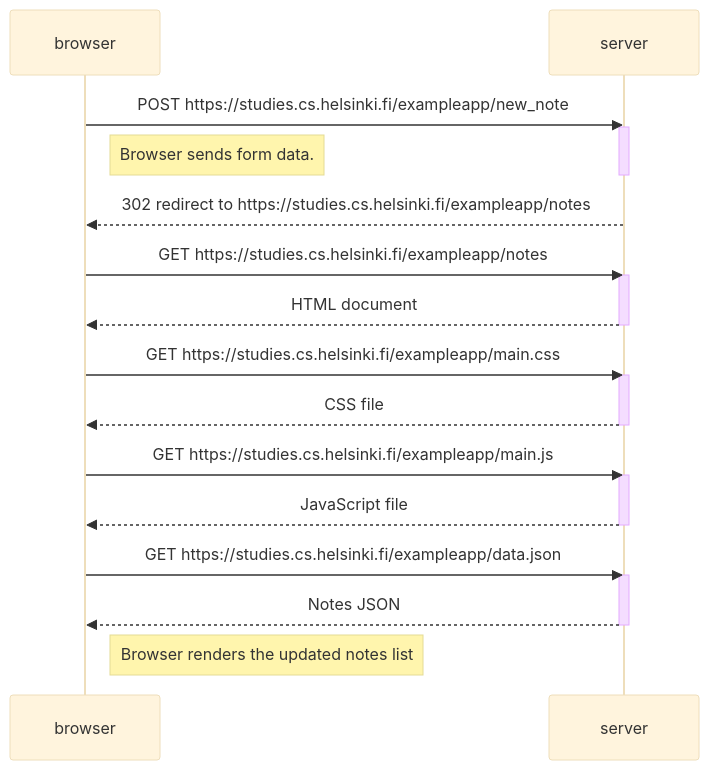
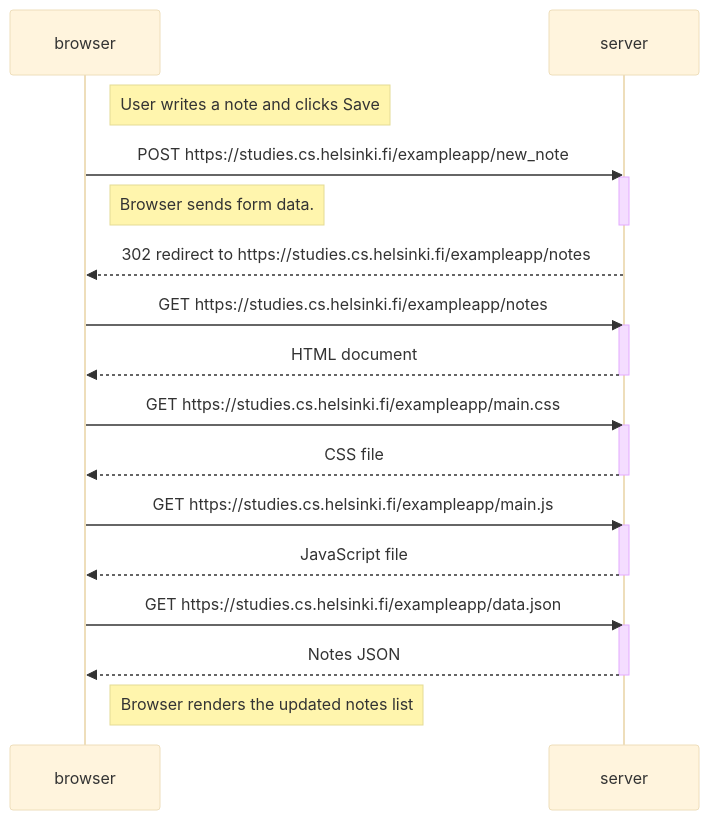
One commit to apikurt/fullstackopen changed the diagram in part0/0.4.diagram.md. Above: the diagram before and after it, drawn with Mermaid (base theme). The commit also changed other lines of this file and 1 other file, not shown here.

Commit message:
update diagrams

````diff
--- a/part0/0.4.diagram.md
+++ b/part0/0.4.diagram.md
@@ -4,34 +4,36 @@
 ```mermaid
 sequenceDiagram
     participant browser
     participant server
+    
+    Note right of browser: User writes a note and clicks Save
 
     browser->>server: POST https://studies.cs.helsinki.fi/exampleapp/new_note
     activate server
     Note right of browser: Browser sends form data.
     deactivate server
 
 
     server-->>browser: 302 redirect to https://studies.cs.helsinki.fi/exampleapp/notes
 
     browser->>server: GET https://studies.cs.helsinki.fi/exampleapp/notes
     activate server
     server-->>browser: HTML document
     deactivate server
     browser->>server: GET https://studies.cs.helsinki.fi/exampleapp/main.css
     activate server
     server-->>browser: CSS file
     deactivate server
 
     browser->>server: GET https://studies.cs.helsinki.fi/exampleapp/main.js
     activate server
     server-->>browser: JavaScript file
     deactivate server
 
     browser->>server: GET https://studies.cs.helsinki.fi/exampleapp/data.json
     activate server
     server-->>browser: Notes JSON
     deactivate server
 
     Note right of browser: Browser renders the updated notes list
 ```
````
